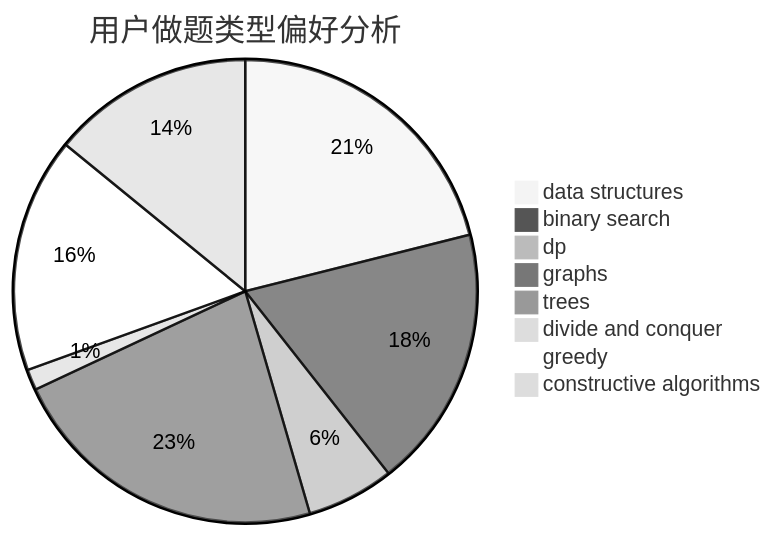
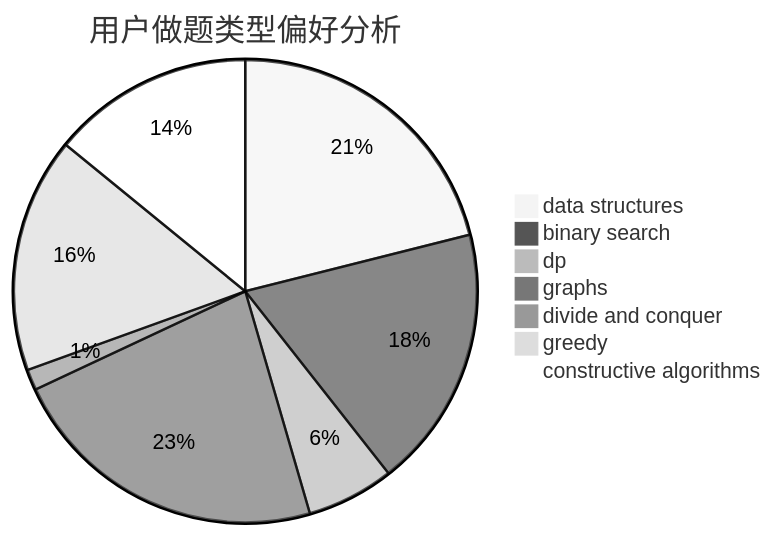
The second of 3 diagrams in docs/user/u2124.md (sherpahu/cfrs.github.io), drawn with Mermaid (neutral theme) before and after one commit. The commit also changed other lines of this file and 2770 other files, not shown here.

````diff
--- a/docs/user/u2124.md
+++ b/docs/user/u2124.md
@@ -18,11 +17,10 @@
 ```mermaid
 pie title 用户做题类型偏好分析
     "data structures" :  145
     "binary search" :  126
     "dp" :  42
     "graphs" :  155
-    "trees" :  0
     "divide and conquer" :  10
     "greedy" :  113
     "constructive algorithms" :  97
 ```
````
